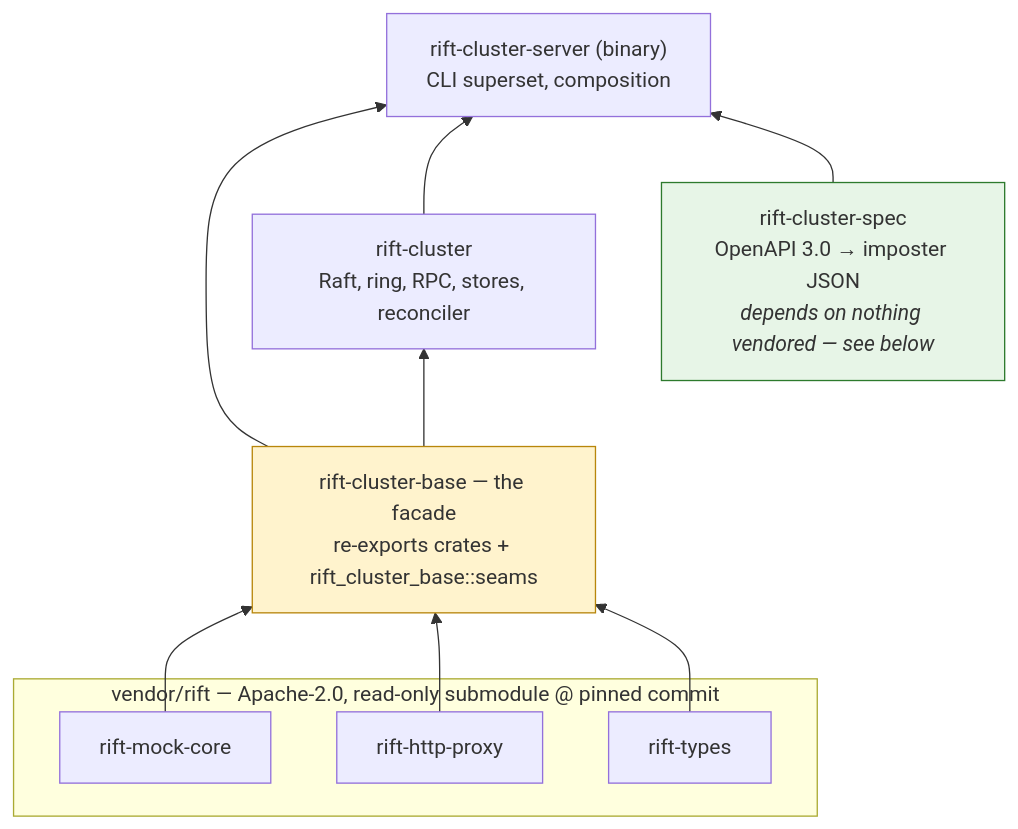
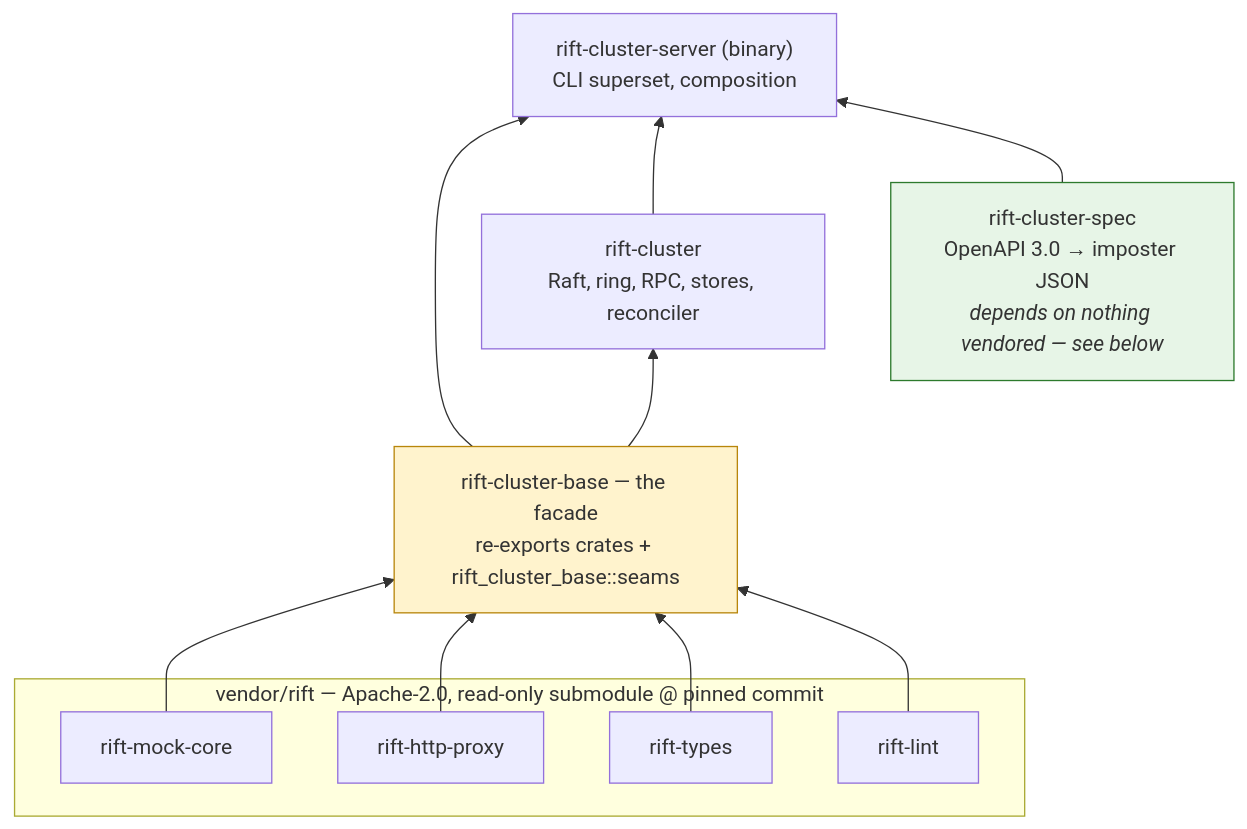
Before and after one commit to achird-labs/rift-cluster: the diagram in docs/architecture/11-upstream-boundary.md, drawn with Mermaid. The commit also changed other lines of this file and 71 other files, not shown here.

````diff
--- a/docs/architecture/11-upstream-boundary.md
+++ b/docs/architecture/11-upstream-boundary.md
@@ -54,23 +54,25 @@
 ```mermaid
 flowchart BT
     subgraph vendored["vendor/rift — Apache-2.0, read-only submodule @ pinned commit"]
         MC[rift-mock-core]
         HP[rift-http-proxy]
         TY[rift-types]
+        LI[rift-lint]
     end
     EE["rift-cluster-base — the facade<br/>re-exports crates + rift_cluster_base::seams"]
     CL["rift-cluster<br/>Raft, ring, RPC, stores, reconciler"]
     SV["rift-cluster-server (binary)<br/>CLI superset, composition"]
     SP["rift-cluster-spec<br/>OpenAPI 3.0 → imposter JSON<br/><i>depends on nothing vendored — see below</i>"]
 
     MC --> EE
     HP --> EE
     TY --> EE
+    LI --> EE
     EE --> CL
     EE --> SV
     CL --> SV
     SP --> SV
 
     style EE fill:#fff3cd,stroke:#b8860b
     style SP fill:#e7f5e7,stroke:#2d7a2d
 ```
````
